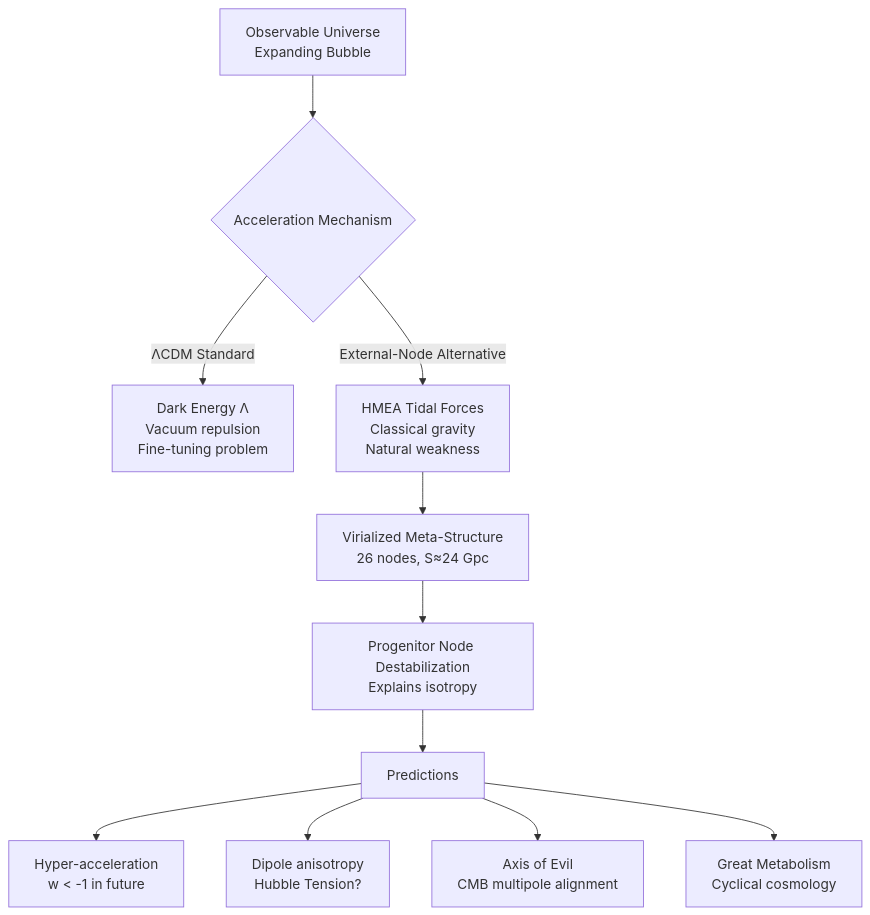
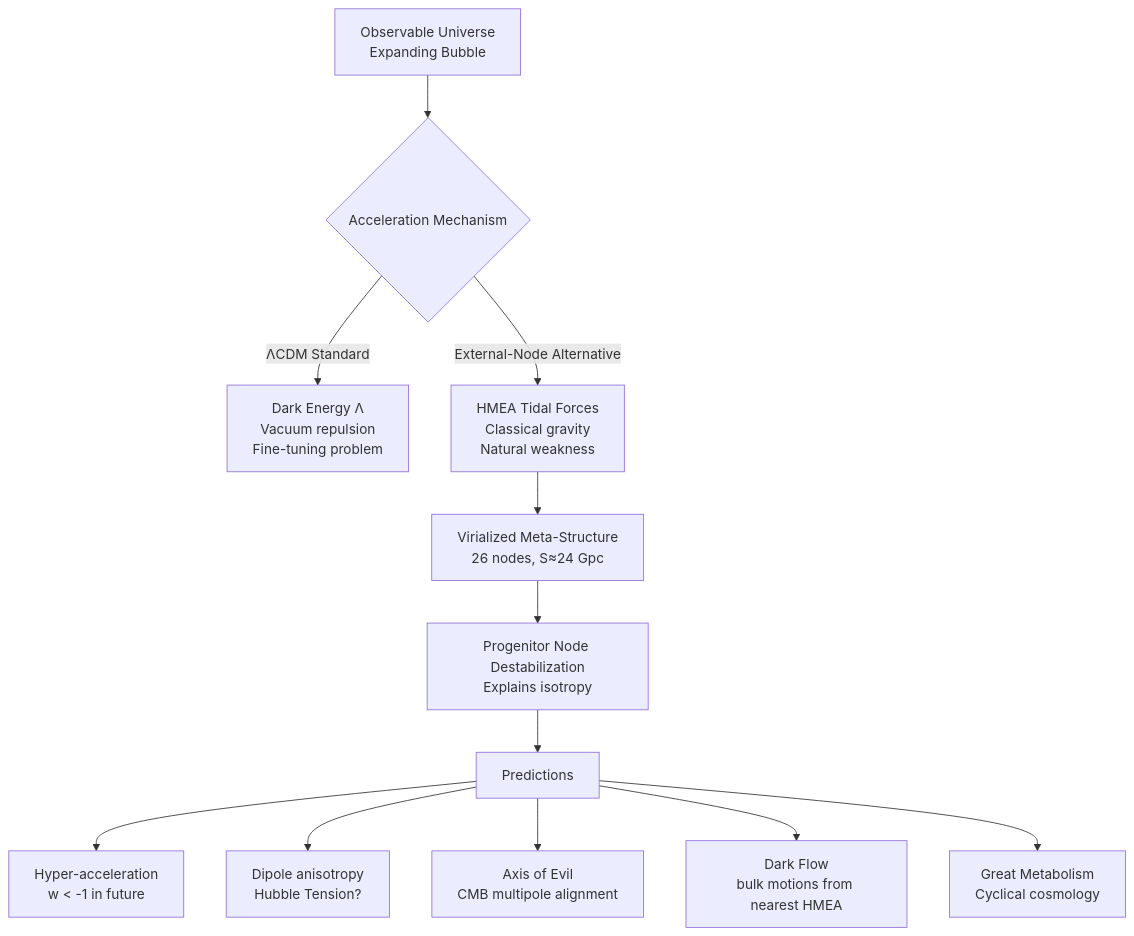
One commit to MartinGamsby/ProgenitorNodeModelCosmology changed the diagram in lode/physics/theoretical-framework.md. Above: the diagram before and after it, drawn with Mermaid. The commit also changed other lines of this file and 2 other files, not shown here.

Commit message:
Dark flow

````diff
--- a/lode/physics/theoretical-framework.md
+++ b/lode/physics/theoretical-framework.md
@@ -217,15 +225,16 @@
 ```mermaid
 graph TD
     A[Observable Universe<br/>Expanding Bubble] --> B{Acceleration Mechanism}
     B -->|ΛCDM Standard| C[Dark Energy Λ<br/>Vacuum repulsion<br/>Fine-tuning problem]
     B -->|External-Node Alternative| D[HMEA Tidal Forces<br/>Classical gravity<br/>Natural weakness]
 
     D --> E[Virialized Meta-Structure<br/>26 nodes, S≈24 Gpc]
     E --> F[Progenitor Node Destabilization<br/>Explains isotropy]
 
     F --> G[Predictions]
     G --> H[Hyper-acceleration<br/>w < -1 in future]
     G --> I[Dipole anisotropy<br/>Hubble Tension?]
     G --> K[Axis of Evil<br/>CMB multipole alignment]
+    G --> L[Dark Flow<br/>bulk motions from nearest HMEA]
     G --> J[Great Metabolism<br/>Cyclical cosmology]
 ```
````
